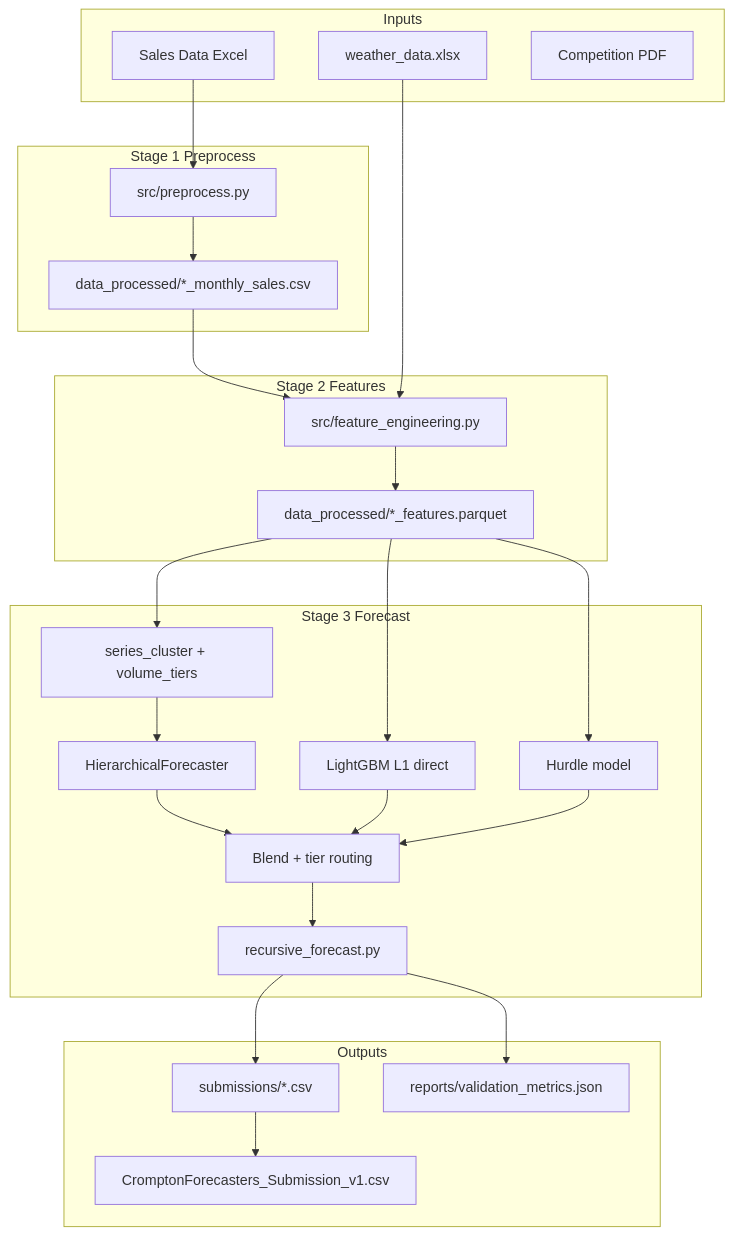
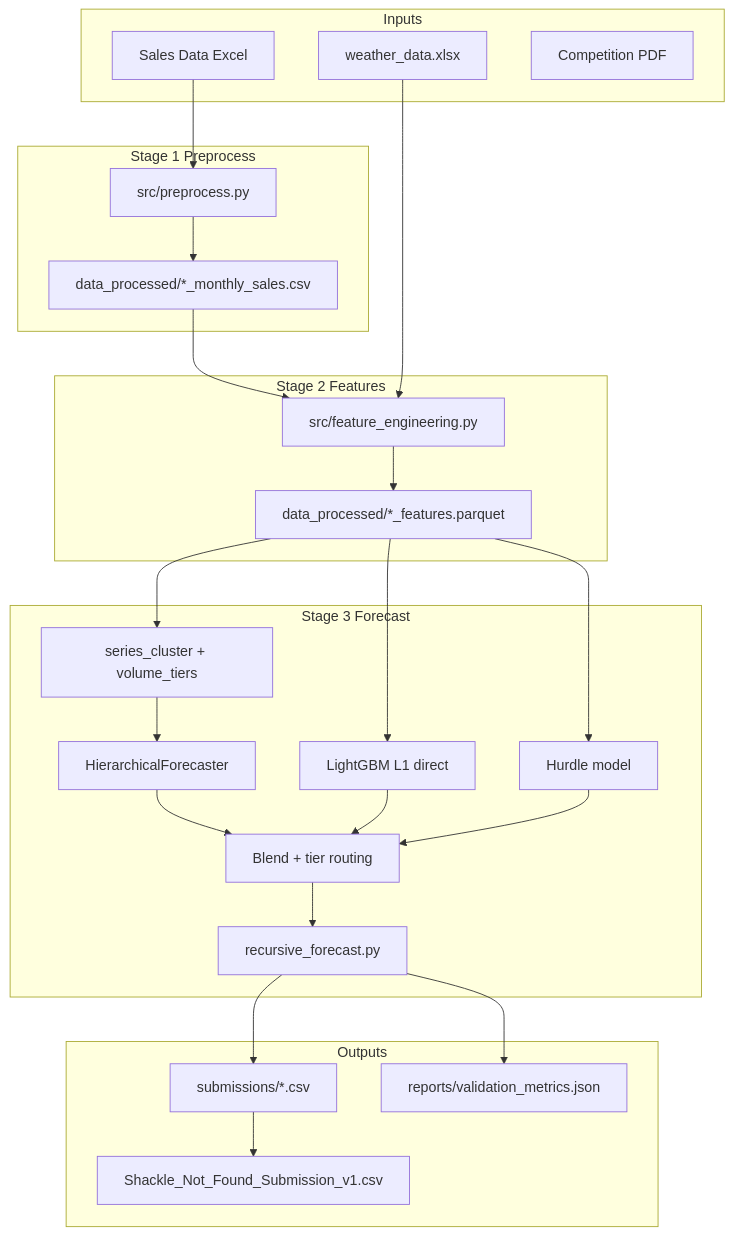
One commit to phanibhushann/Crompton_Hackathon changed the diagram in README.md. Above: the diagram before and after it, drawn with Mermaid. The commit also changed other lines of this file and 15 other files, not shown here.

````diff
--- a/README.md
+++ b/README.md
@@ -183,44 +183,44 @@
 ```mermaid
 flowchart TB
   subgraph inputs [Inputs]
     excel[Sales Data Excel]
     weather[weather_data.xlsx]
     brief[Competition PDF]
   end
 
   subgraph stage1 [Stage 1 Preprocess]
     prep[src/preprocess.py]
     monthly[data_processed/*_monthly_sales.csv]
   end
 
   subgraph stage2 [Stage 2 Features]
     feat[src/feature_engineering.py]
     parquet[data_processed/*_features.parquet]
   end
 
   subgraph stage3 [Stage 3 Forecast]
     cluster[series_cluster + volume_tiers]
     hier[HierarchicalForecaster]
     lgbm[LightGBM L1 direct]
     hurdle[Hurdle model]
     blend[Blend + tier routing]
     recur[recursive_forecast.py]
   end
 
   subgraph outputs [Outputs]
     sub[submissions/*.csv]
-    final[CromptonForecasters_Submission_v1.csv]
+    final[Shackle_Not_Found_Submission_v1.csv]
     metrics[reports/validation_metrics.json]
   end
 
   excel --> prep --> monthly --> feat --> parquet
   weather --> feat
   parquet --> cluster --> hier
   parquet --> lgbm
   parquet --> hurdle
   hier --> blend
   lgbm --> blend
   hurdle --> blend
   blend --> recur --> sub --> final
   recur --> metrics
 ```
````
